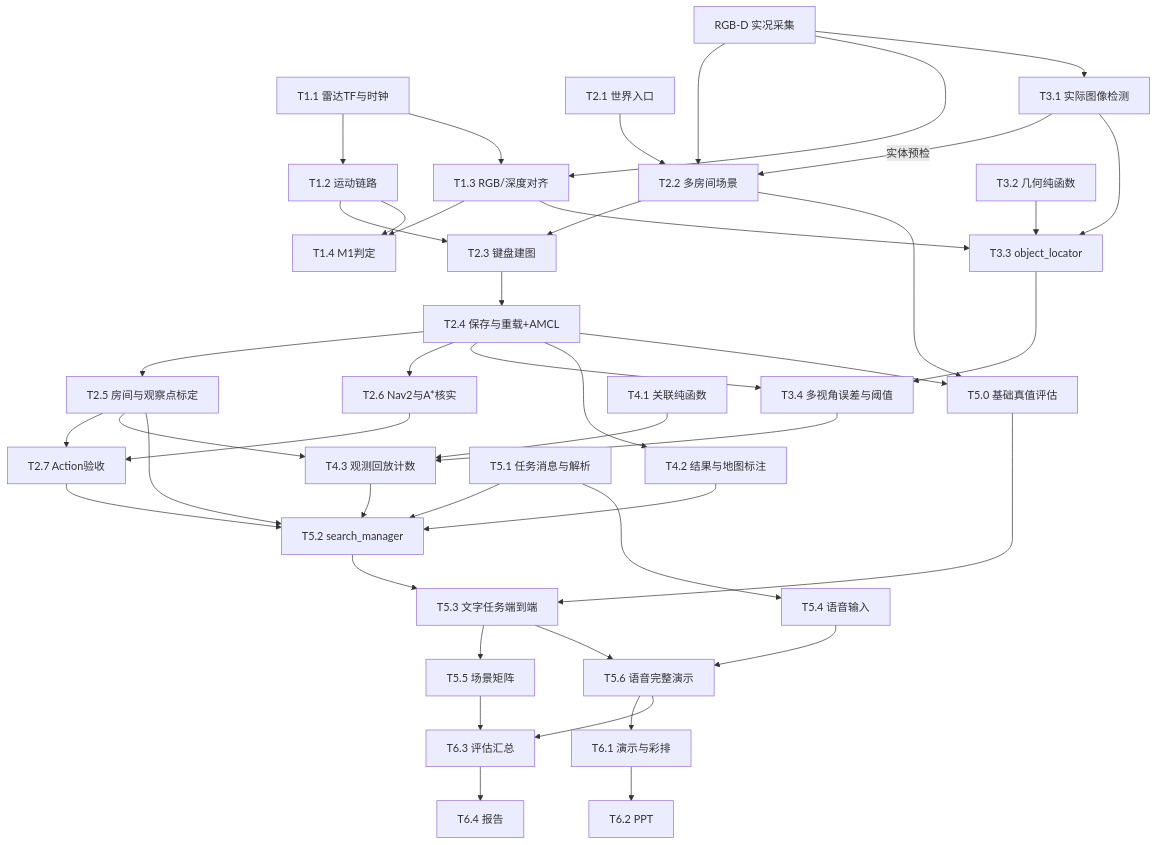
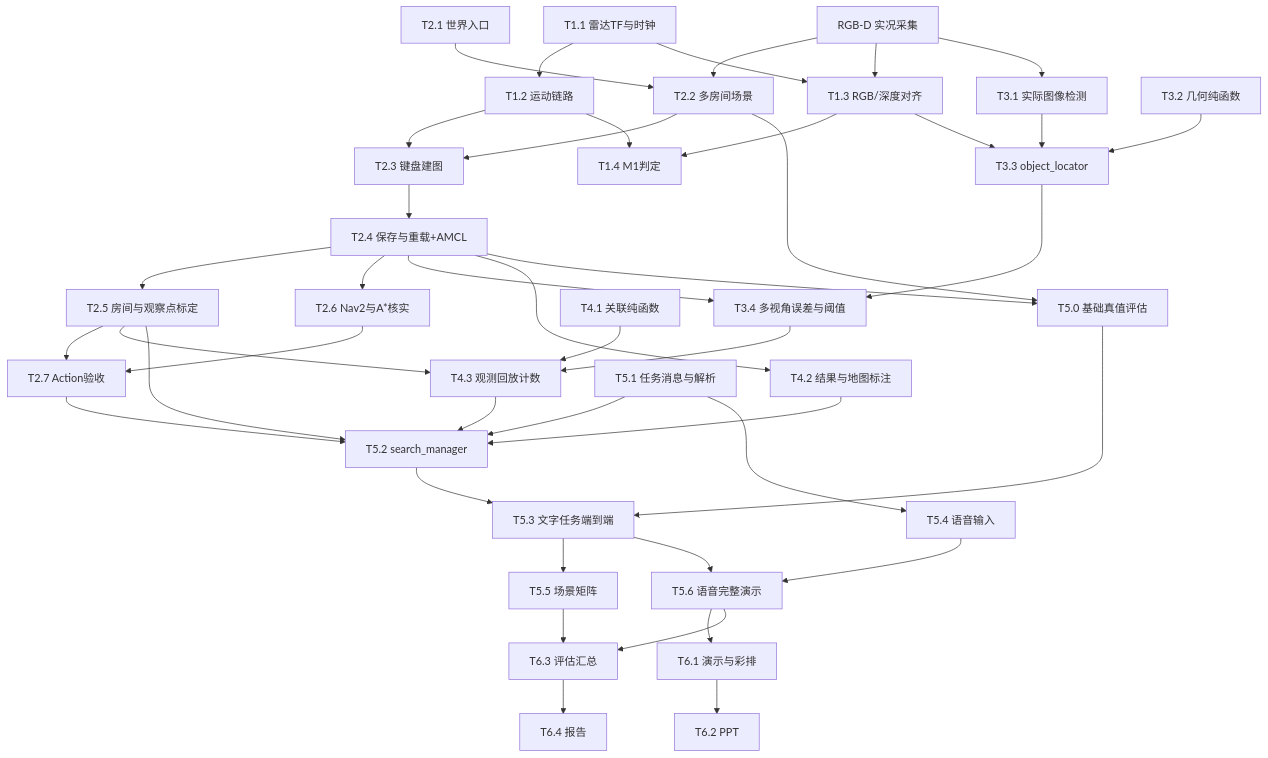
The diagram in task4_ws/docs/任务四开发与验收路线.md (crockettetenebrusojd89-dev/mobile-robot-task4), drawn with Mermaid before and after one commit. The commit also changed other lines of this file and 14 other files, not shown here.

````diff
--- a/task4_ws/docs/任务四开发与验收路线.md
+++ b/task4_ws/docs/任务四开发与验收路线.md
@@ -138,46 +138,45 @@
 ```mermaid
 flowchart TD
   T11["T1.1 雷达TF与时钟"] --> T12["T1.2 运动链路"]
   T12 --> T23["T2.3 键盘建图"]
   T21["T2.1 世界入口"] --> T22["T2.2 多房间场景"]
   T13a["RGB-D 实况采集"] --> T22
   T13a --> T13["T1.3 RGB/深度对齐"]
   T13a --> T31["T3.1 实际图像检测"]
-  T31 -->|实体预检| T22
   T22 --> T23
   T23 --> T24["T2.4 保存与重载+AMCL"]
   T24 --> T25["T2.5 房间与观察点标定"]
   T24 --> T26["T2.6 Nav2与A*核实"]
   T26 --> T27["T2.7 Action验收"]
   T25 --> T27
   T11 --> T13
   T13 --> T14["T1.4 M1判定"]
   T12 --> T14
   T32["T3.2 几何纯函数"] --> T33["T3.3 object_locator"]
   T31 --> T33
   T13 --> T33
   T33 --> T34["T3.4 多视角误差与阈值"]
   T24 --> T34
   T41["T4.1 关联纯函数"] --> T43["T4.3 观测回放计数"]
   T34 --> T43
   T25 --> T43
   T42["T4.2 结果与地图标注"] --> T52
   T24 --> T42
   T51["T5.1 任务消息与解析"] --> T52["T5.2 search_manager"]
   T25 --> T52
   T27 --> T52
   T43 --> T52
   T52 --> T53["T5.3 文字任务端到端"]
   T22 --> T50["T5.0 基础真值评估"]
   T24 --> T50
   T50 --> T53
   T51 --> T54["T5.4 语音输入"]
   T54 --> T56["T5.6 语音完整演示"]
   T53 --> T55["T5.5 场景矩阵"]
   T53 --> T56
   T55 --> T63
   T56 --> T61["T6.1 演示与彩排"]
   T61 --> T62["T6.2 PPT"]
   T56 --> T63["T6.3 评估汇总"]
   T63 --> T64["T6.4 报告"]
 ```
````
